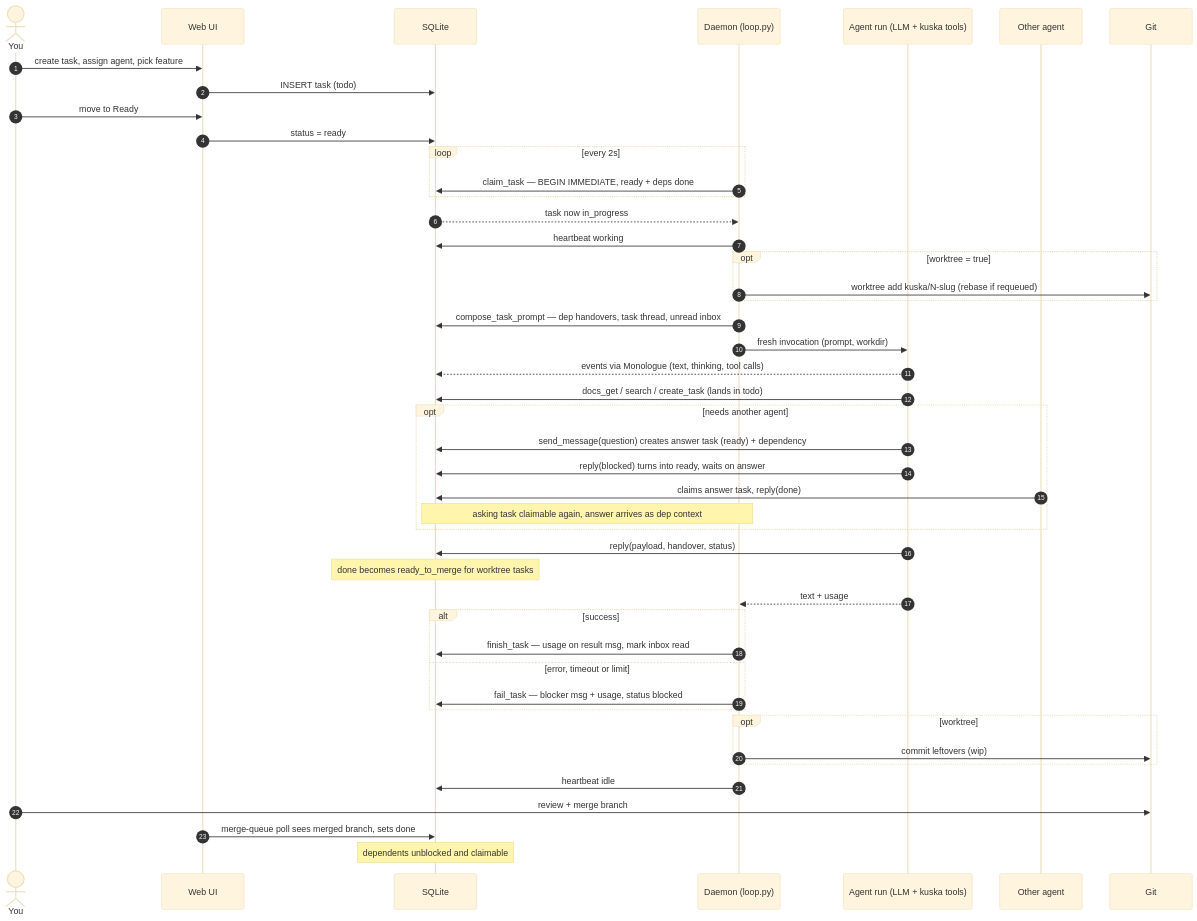
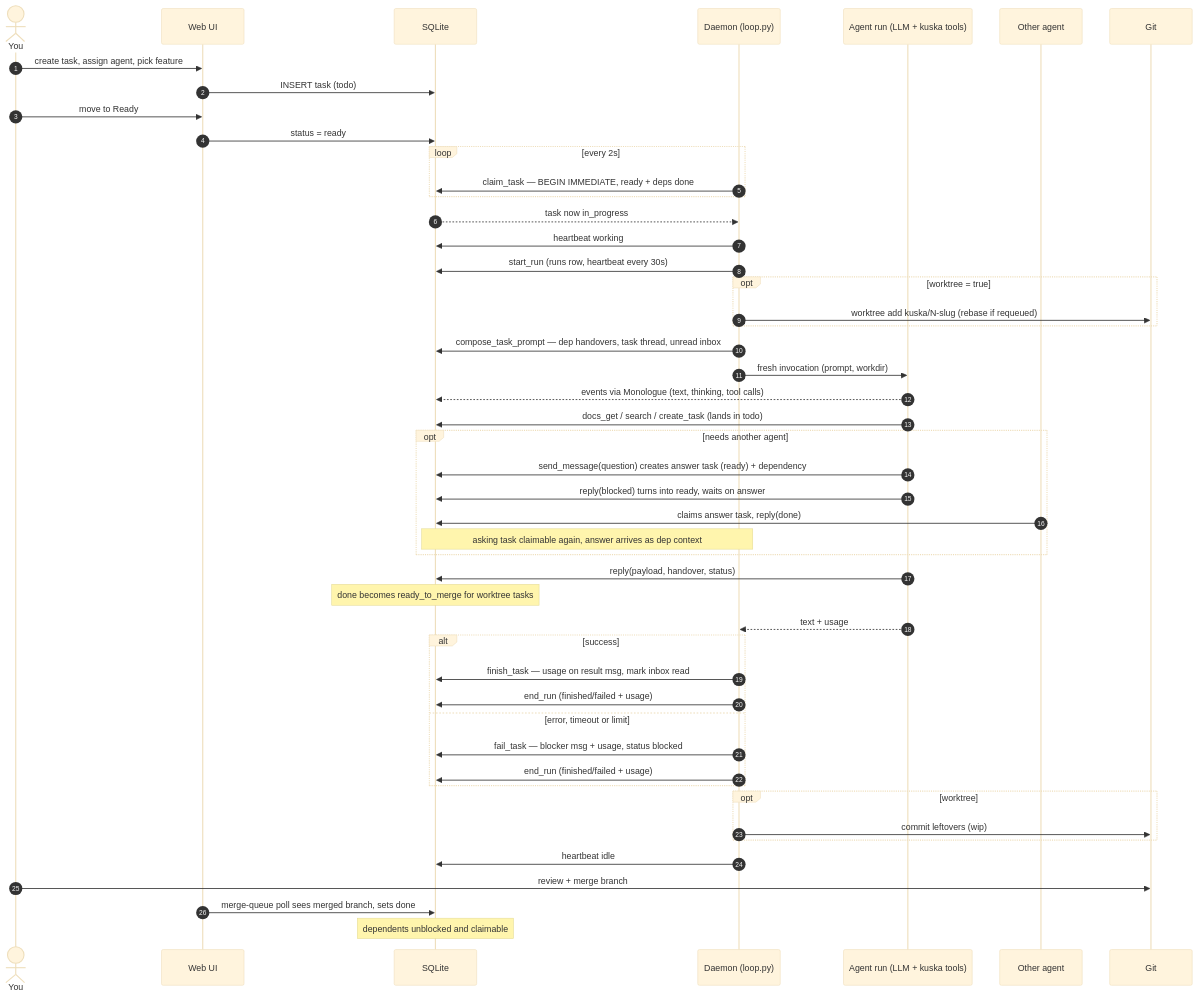
One commit to mberacochea/kuska changed the first of 2 diagrams in docs/agents_flow.md. Above: the diagram before and after it, drawn with Mermaid (base theme). The commit also changed 3 other files, not shown here.

````diff
--- a/docs/agents_flow.md
+++ b/docs/agents_flow.md
@@ -10,49 +10,52 @@
 ```mermaid
 sequenceDiagram
   autonumber
   actor H as You
   participant W as Web UI
   participant DB as SQLite
   participant D as Daemon (loop.py)
   participant A as Agent run (LLM + kuska tools)
   participant B as Other agent
   participant G as Git
 
   H->>W: create task, assign agent, pick feature
   W->>DB: INSERT task (todo)
   H->>W: move to Ready
   W->>DB: status = ready
   loop every 2s
     D->>DB: claim_task — BEGIN IMMEDIATE, ready + deps done
   end
   DB-->>D: task now in_progress
   D->>DB: heartbeat working
+  D->>DB: start_run (runs row, heartbeat every 30s)
   opt worktree = true
     D->>G: worktree add kuska/N-slug (rebase if requeued)
   end
   D->>DB: compose_task_prompt — dep handovers, task thread, unread inbox
   D->>A: fresh invocation (prompt, workdir)
   A-->>DB: events via Monologue (text, thinking, tool calls)
   A->>DB: docs_get / search / create_task (lands in todo)
   opt needs another agent
     A->>DB: send_message(question) creates answer task (ready) + dependency
     A->>DB: reply(blocked) turns into ready, waits on answer
     B->>DB: claims answer task, reply(done)
     Note over D,DB: asking task claimable again, answer arrives as dep context
   end
   A->>DB: reply(payload, handover, status)
   Note over DB: done becomes ready_to_merge for worktree tasks
   A-->>D: text + usage
   alt success
     D->>DB: finish_task — usage on result msg, mark inbox read
+    D->>DB: end_run (finished/failed + usage)
   else error, timeout or limit
     D->>DB: fail_task — blocker msg + usage, status blocked
+    D->>DB: end_run (finished/failed + usage)
   end
   opt worktree
     D->>G: commit leftovers (wip)
   end
   D->>DB: heartbeat idle
   H->>G: review + merge branch
   W->>DB: merge-queue poll sees merged branch, sets done
   Note over DB: dependents unblocked and claimable
 ```
````
